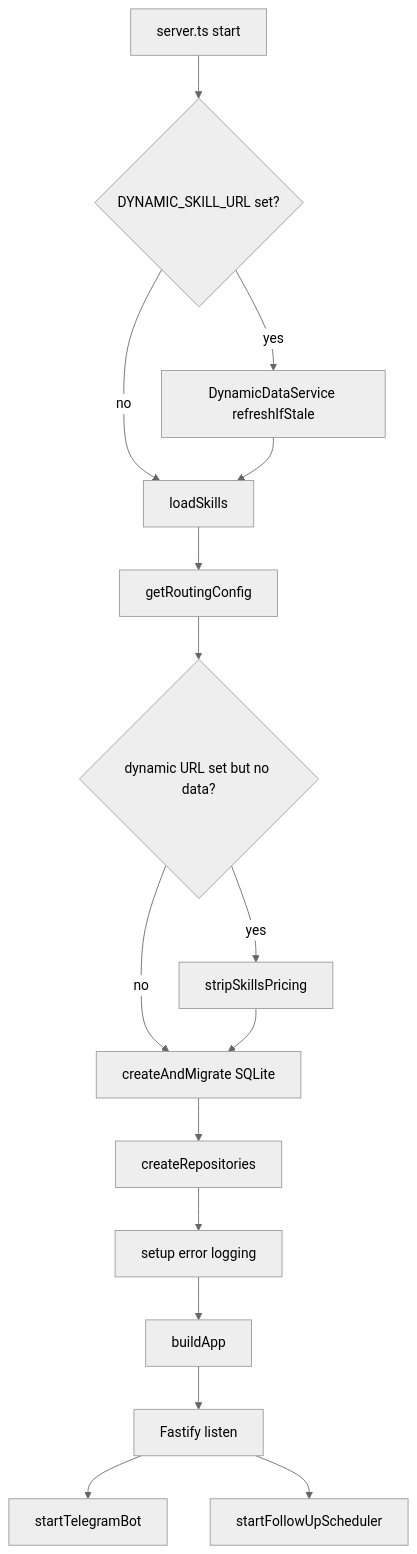
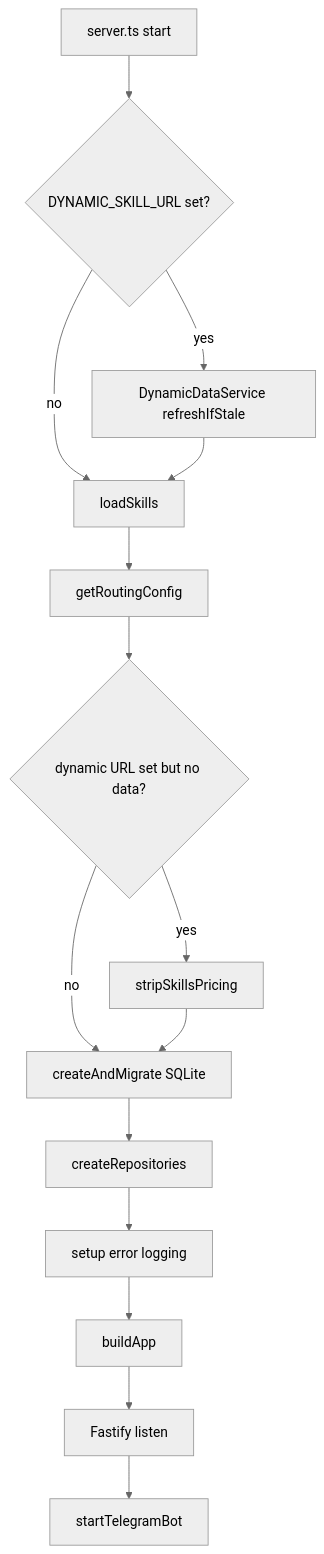
Before and after one commit to Andeanscapes/whatsapp-sales-bot: the first of 10 diagrams in docs/bot-architecture.md, drawn with Mermaid (neutral theme). The commit also changed other lines of this file and 341 other files, not shown here.

````diff
--- a/docs/bot-architecture.md
+++ b/docs/bot-architecture.md
@@ -21,18 +22,17 @@
 ```mermaid
 flowchart TD
   A[server.ts start] --> B{DYNAMIC_SKILL_URL set?}
   B -- yes --> C[DynamicDataService refreshIfStale]
   B -- no --> D[loadSkills]
   C --> D[loadSkills]
   D --> E[getRoutingConfig]
   E --> F{dynamic URL set but no data?}
   F -- yes --> G[stripSkillsPricing]
   F -- no --> H[createAndMigrate SQLite]
   G --> H
   H --> I[createRepositories]
   I --> J[setup error logging]
   J --> K[buildApp]
   K --> L[Fastify listen]
   L --> M[startTelegramBot]
-  L --> N[startFollowUpScheduler]
 ```
````
